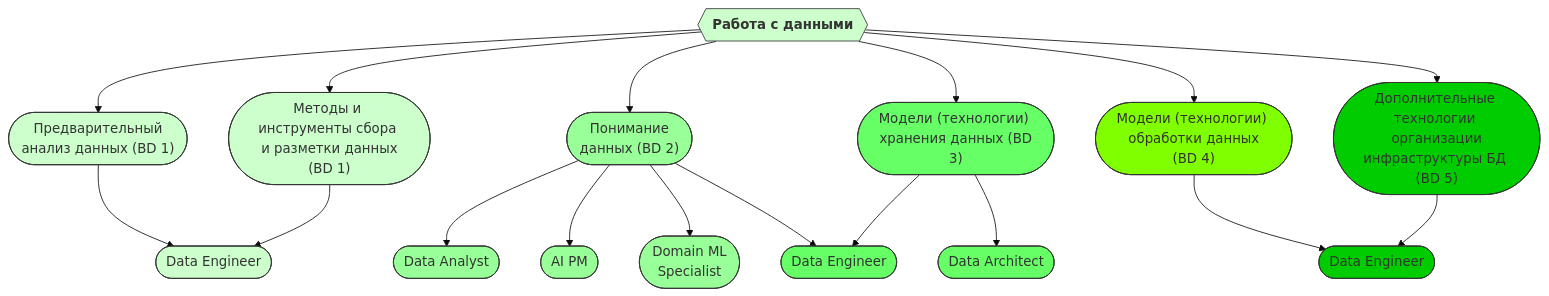
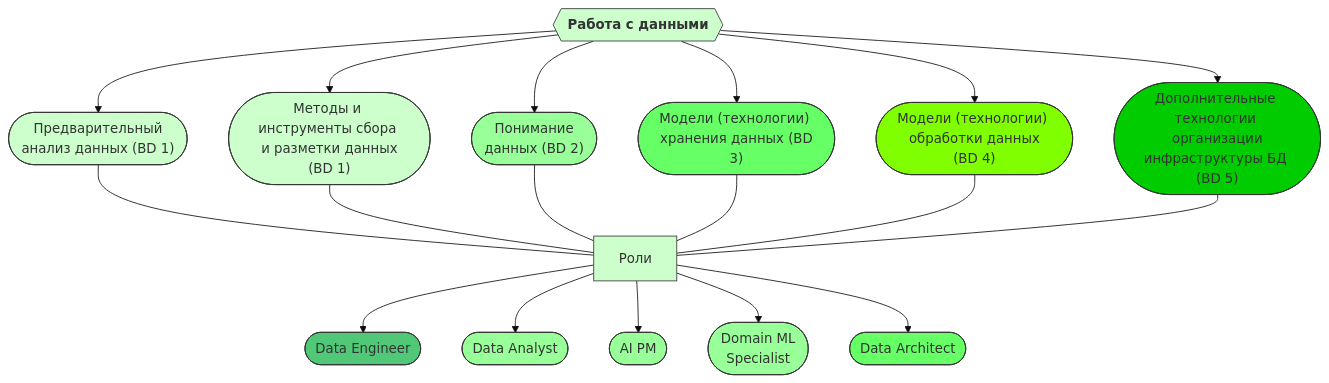
One commit to aimclub/ai-competency-model changed the second of 4 diagrams in README.md. Above: the diagram before and after it, drawn with Mermaid (base theme). The commit also changed other lines of this file, not shown here.

````diff
--- a/README.md
+++ b/README.md
@@ -34,46 +38,42 @@
 ```mermaid
 graph TD;
 classDef BD1Style fill:#CCFFCC,stroke:#333,stroke-width:1px
 classDef BD2Style fill:#99FF99,stroke:#333,stroke-width:1px
 classDef BD3Style fill:#66FF66,stroke:#333,stroke-width:1px
 classDef BD4Style fill:#80FF00,stroke:#333,stroke-width:1px
 classDef BD5Style fill:#00CC00,stroke:#333,stroke-width:1px
+classDef BDJobsStyle fill:#50c878,stroke:#333,stroke-width:1px
 
 areaBD{{"`**Работа с данными**`"}}:::BD1Style -->aspectPreDataAnalysis(["Предварительный <br> анализ данных (BD 1)"]):::BD1Style
 areaBD -->aspectDataMarkCollection(["Методы и инструменты сбора <br> и разметки данных (BD 1)"]):::BD1Style
 areaBD -->aspectDataUnderstanding(["Понимание <br> данных (BD 2)"]):::BD2Style
 areaBD -->aspectDataStoraging(["Модели (технологии) <br> хранения данных (BD 3)"]):::BD3Style
 areaBD -->aspectDataProcessing(["Модели (технологии) <br> обработки данных (BD 4)"]):::BD4Style
 areaBD -->aspectBDInfrastructure(["Дополнительные технологии <br> организации инфраструктуры БД (BD 5)"]):::BD5Style
 
-aspectPreDataAnalysis -->jobDataEngineer(["Data Engineer"]):::BD1Style
-aspectDataMarkCollection -->jobDataEngineer
+aspectPreDataAnalysis ---BDJobs["Роли"]:::BD1Style
+aspectDataMarkCollection ---BDJobs
+aspectDataUnderstanding ---BDJobs
+aspectDataStoraging ---BDJobs
+aspectDataProcessing ---BDJobs
+aspectBDInfrastructure ---BDJobs
 
-aspectDataUnderstanding -->jobDataAnalyst(["Data Analyst"]):::BD2Style
-aspectDataUnderstanding -->jobAIPM(["AI PM"]):::BD2Style
-aspectDataUnderstanding -->jobDomainMLSpecialist(["Domain ML <br> Specialist"]):::BD2Style
-
-aspectDataUnderstanding -->jobDataEngineer3(["Data <br> Engineer"]):::BD3Style
-aspectDataStoraging -->jobDataArchitect(["Data Architect"]):::BD3Style
-aspectDataStoraging -->jobDataEngineer3(["Data Engineer"]):::BD3Style
-
-aspectDataProcessing -->jobDataEngineer4(["Data Engineer"]):::BD5Style
-aspectBDInfrastructure -->jobDataEngineer4
+BDJobs -->jobDataEngineer(["Data Engineer"]):::BDJobsStyle
+BDJobs -->jobDataAnalyst(["Data Analyst"]):::BD2Style
+BDJobs -->jobAIPM(["AI PM"]):::BD2Style
+BDJobs -->jobDomainMLSpecialist(["Domain ML <br> Specialist"]):::BD2Style
+BDJobs -->jobDataArchitect(["Data Architect"]):::BD3Style
 
 click aspectPreDataAnalysis "https://github.com/VoidSubjucator/Competence-Bank/blob/main/Math/BD/aspectPreDataAnalysis.md"
 click aspectDataMarkCollection "https://github.com/VoidSubjucator/Competence-Bank/blob/main/Math/BD/aspectDataMarkCollection.md"
 click aspectDataUnderstanding "https://github.com/VoidSubjucator/Competence-Bank/blob/main/Math/BD/aspectDataUnderstanding.md"
 click aspectDataStoraging "https://github.com/VoidSubjucator/Competence-Bank/blob/main/Math/BD/aspectDataStoraging.md"
 click aspectDataProcessing "https://github.com/VoidSubjucator/Competence-Bank/blob/main/Math/BD/aspectDataProcessing.md"
 click aspectBDInfrastructure "https://github.com/VoidSubjucator/Competence-Bank/blob/main/Math/BD/aspectBDInfrastructure.md"
 
 click jobDataEngineer "https://github.com/VoidSubjucator/Competence-Bank/blob/main/Jobs/jobDataEngineer.md"
-click jobDataEngineer3 "https://github.com/VoidSubjucator/Competence-Bank/blob/main/Jobs/jobDataEngineer.md"
-click jobDataEngineer4 "https://github.com/VoidSubjucator/Competence-Bank/blob/main/Jobs/jobDataEngineer.md"
-
 click jobDataAnalyst "https://github.com/VoidSubjucator/Competence-Bank/blob/main/Jobs/jobDataAnalyst.md"
 click jobAIPM "https://github.com/VoidSubjucator/Competence-Bank/blob/main/Jobs/jobAIPM.md"
 click jobDomainMLSpecialist "https://github.com/VoidSubjucator/Competence-Bank/blob/main/Jobs/jobDomainMLSpecialist.md"
-
 click jobDataArchitect "https://github.com/VoidSubjucator/Competence-Bank/blob/main/Jobs/jobDataArchitect.md"
 ```
````
